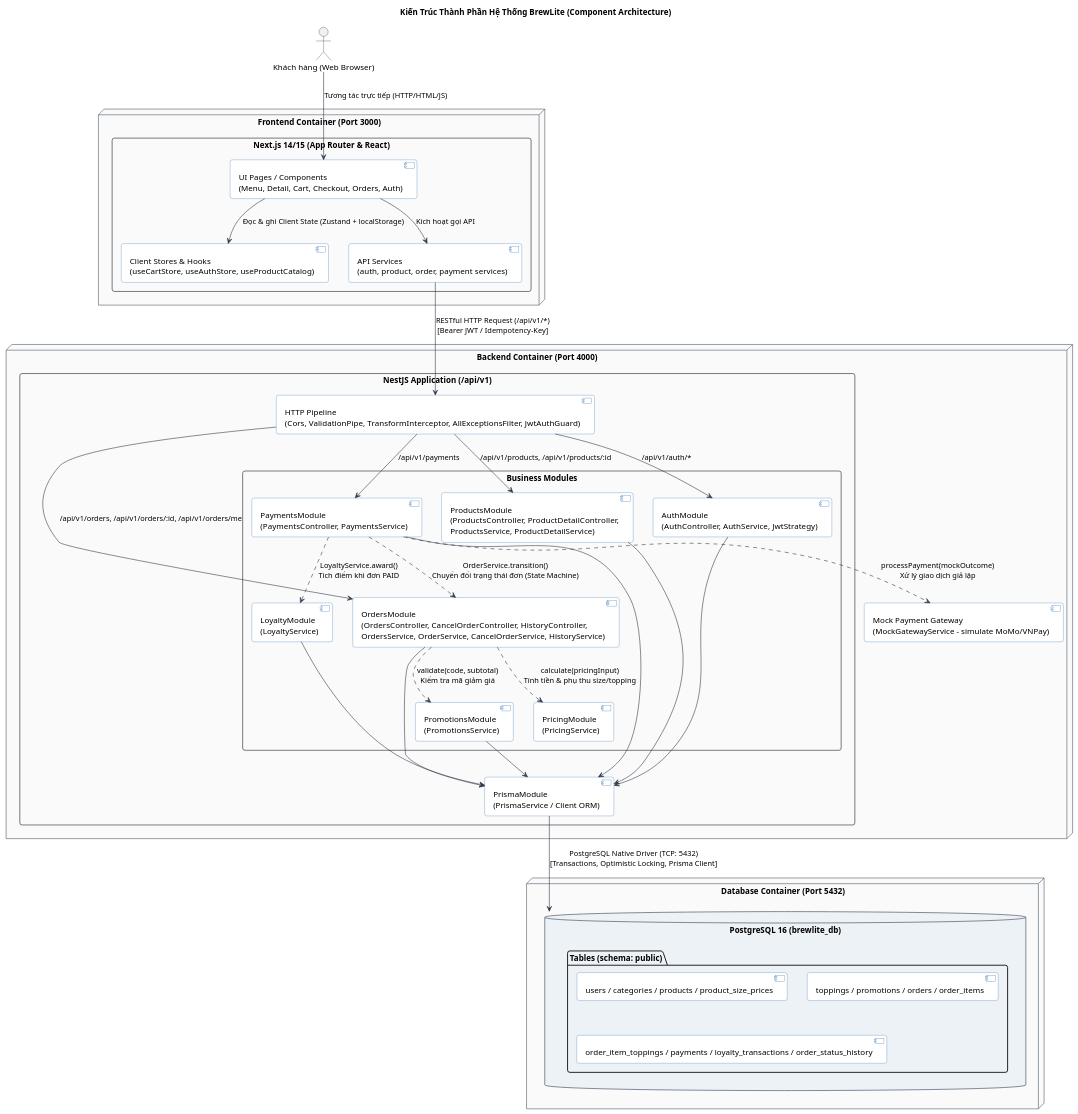
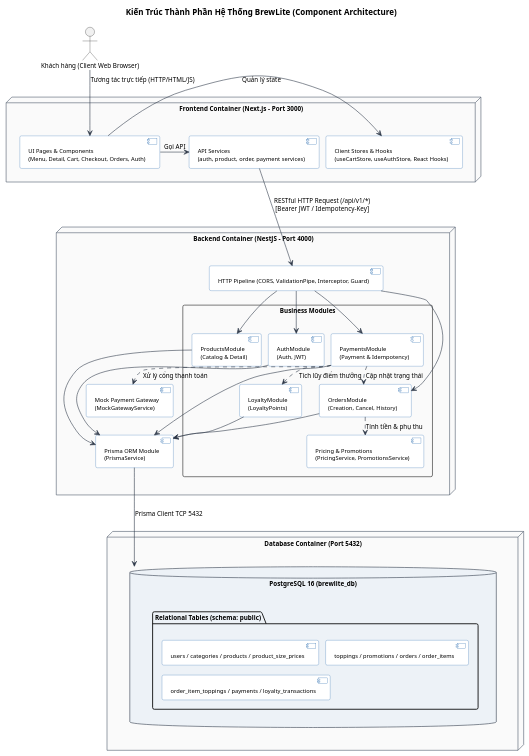
Before and after one commit to ChienPM-27/BrewLite_02: the diagram in docs/architecture/component-architecture.puml, drawn with PlantUML. The commit also changed 178 other files, not shown here.

Commit message:
docs(report): optimize diagrams layout and swimlanes for latex compilation

```diff
--- a/docs/architecture/component-architecture.puml
+++ b/docs/architecture/component-architecture.puml
@@ -1,93 +1,91 @@
 @startuml component-architecture
 title Kiến Trúc Thành Phần Hệ Thống BrewLite (Component Architecture)
 skinparam defaultFontName Arial
 skinparam shadowing false
-skinparam roundcorner 8
+skinparam roundcorner 6
+skinparam nodesep 12
+skinparam ranksep 14
+skinparam defaultFontSize 11
+skinparam componentFontSize 10
 skinparam componentStyle uml2
 skinparam packageStyle rectangle
 
 skinparam node {
     BackgroundColor #FAFAFA
     BorderColor #4A5568
 }
-
 skinparam component {
     BackgroundColor #FFFFFF
     BorderColor #2B6CB0
     ArrowColor #2D3748
 }
-
 skinparam database {
     BackgroundColor #EDF2F7
     BorderColor #2D3748
 }
 
-actor "Khách hàng (Web Browser)" as Client
+actor "Khách hàng (Client Web Browser)" as Client
 
-node "Frontend Container (Port 3000)" as FE_Node {
-    package "Next.js 14/15 (App Router & React)" {
-        component [UI Pages / Components\n(Menu, Detail, Cart, Checkout, Orders, Auth)] as UI
-        component [Client Stores & Hooks\n(useCartStore, useAuthStore, useProductCatalog)] as StateStore
-        component [API Services\n(auth, product, order, payment services)] as ApiClient
-    }
+node "Frontend Container (Next.js - Port 3000)" as FE_Node {
+    component [UI Pages & Components\n(Menu, Detail, Cart, Checkout, Orders, Auth)] as UI
+    component [Client Stores & Hooks\n(useCartStore, useAuthStore, React Hooks)] as StateStore
+    component [API Services\n(auth, product, order, payment services)] as ApiClient
+    
+    UI -> StateStore : Quản lý state
+    UI -> ApiClient : Gọi API
 }
 
-node "Backend Container (Port 4000)" as BE_Node {
-    package "NestJS Application (/api/v1)" {
-        component [HTTP Pipeline\n(Cors, ValidationPipe, TransformInterceptor, AllExceptionsFilter, JwtAuthGuard)] as Middleware
+node "Backend Container (NestJS - Port 4000)" as BE_Node {
+    component [HTTP Pipeline (CORS, ValidationPipe, Interceptor, Guard)] as Middleware
 
-        package "Business Modules" {
-            component [AuthModule\n(AuthController, AuthService, JwtStrategy)] as AuthMod
-            component [ProductsModule\n(ProductsController, ProductDetailController,\nProductsService, ProductDetailService)] as ProductsMod
-            component [OrdersModule\n(OrdersController, CancelOrderController, HistoryController,\nOrdersService, OrderService, CancelOrderService, HistoryService)] as OrdersMod
-            component [PaymentsModule\n(PaymentsController, PaymentsService)] as PaymentsMod
-            component [PricingModule\n(PricingService)] as PricingMod
-            component [PromotionsModule\n(PromotionsService)] as PromotionsMod
-            component [LoyaltyModule\n(LoyaltyService)] as LoyaltyMod
-        }
-
-        component [PrismaModule\n(PrismaService / Client ORM)] as PrismaMod
+    package "Business Modules" {
+        component [AuthModule\n(Auth, JWT)] as AuthMod
+        component [ProductsModule\n(Catalog & Detail)] as ProductsMod
+        component [OrdersModule\n(Creation, Cancel, History)] as OrdersMod
+        component [PaymentsModule\n(Payment & Idempotency)] as PaymentsMod
+        component [Pricing & Promotions\n(PricingService, PromotionsService)] as PricingMod
+        component [LoyaltyModule\n(LoyaltyPoints)] as LoyaltyMod
     }
 
-    component [Mock Payment Gateway\n(MockGatewayService - simulate MoMo/VNPay)] as MockGateway
+    component [Prisma ORM Module\n(PrismaService)] as PrismaMod
+    component [Mock Payment Gateway\n(MockGatewayService)] as MockGateway
 }
 
 node "Database Container (Port 5432)" as DB_Node {
     database "PostgreSQL 16 (brewlite_db)" as PostgresDB {
-        folder "Tables (schema: public)" {
+        folder "Relational Tables (schema: public)" {
             [users / categories / products / product_size_prices]
             [toppings / promotions / orders / order_items]
-            [order_item_toppings / payments / loyalty_transactions / order_status_history]
+            [order_item_toppings / payments / loyalty_transactions]
         }
     }
 }
 
-' Giao tiếp giữa các tầng
+' External interactions
 Client --> UI : Tương tác trực tiếp (HTTP/HTML/JS)
-UI --> StateStore : Đọc & ghi Client State (Zustand + localStorage)
-UI --> ApiClient : Kích hoạt gọi API
 ApiClient --> Middleware : RESTful HTTP Request (/api/v1/*)\n[Bearer JWT / Idempotency-Key]
 
-Middleware --> AuthMod : /api/v1/auth/*
-Middleware --> ProductsMod : /api/v1/products, /api/v1/products/:id
-Middleware --> OrdersMod : /api/v1/orders, /api/v1/orders/:id, /api/v1/orders/me
-Middleware --> PaymentsMod : /api/v1/payments
+' Backend routing
+Middleware --> AuthMod
+Middleware --> ProductsMod
+Middleware --> OrdersMod
+Middleware --> PaymentsMod
 
-' Phụ thuộc nội bộ giữa các module nghiệp vụ
-OrdersMod ..> PricingMod : calculate(pricingInput)\nTính tiền & phụ thu size/topping
-OrdersMod ..> PromotionsMod : validate(code, subtotal)\nKiểm tra mã giảm giá
-PaymentsMod ..> OrdersMod : OrderService.transition()\nChuyển đổi trạng thái đơn (State Machine)
-PaymentsMod ..> LoyaltyMod : LoyaltyService.award()\nTích điểm khi đơn PAID
-PaymentsMod ..> MockGateway : processPayment(mockOutcome)\nXử lý giao dịch giả lập
+' Inter-module relations
+OrdersMod ..> PricingMod : Tính tiền & phụ thu
+PaymentsMod ..> OrdersMod : Cập nhật trạng thái
+PaymentsMod ..> MockGateway : Xử lý cổng thanh toán
+PaymentsMod ..> LoyaltyMod : Tích lũy điểm thưởng
 
-' Truy cập cơ sở dữ liệu qua Prisma ORM
 AuthMod --> PrismaMod
 ProductsMod --> PrismaMod
 OrdersMod --> PrismaMod
 PaymentsMod --> PrismaMod
-PromotionsMod --> PrismaMod
 LoyaltyMod --> PrismaMod
 
-PrismaMod --> PostgresDB : PostgreSQL Native Driver (TCP: 5432)\n[Transactions, Optimistic Locking, Prisma Client]
+PrismaMod --> PostgresDB : Prisma Client TCP 5432
+
+FE_Node -[hidden]down-> BE_Node
+BE_Node -[hidden]down-> DB_Node
 
 @enduml
```
